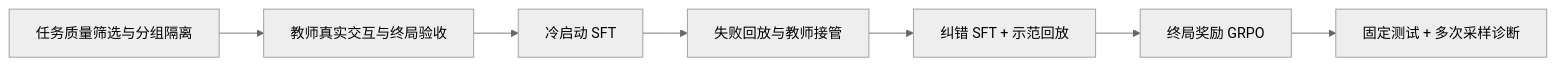
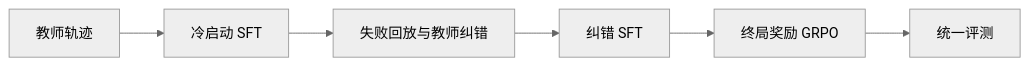
One commit to WYXNICK/ecommerce-agent-posttrain changed the diagram in README.md. Above: the diagram before and after it, drawn with Mermaid (neutral theme). The commit also changed other lines of this file and 10 other files, not shown here.

````diff
--- a/README.md
+++ b/README.md
@@ -11,9 +21,8 @@
 ```mermaid
 flowchart LR
-    A[任务质量筛选与分组隔离] --> B[教师真实交互与终局验收]
-    B --> C[冷启动 SFT]
-    C --> D[失败回放与教师接管]
-    D --> E[纠错 SFT + 示范回放]
-    E --> F[终局奖励 GRPO]
-    F --> G[固定测试 + 多次采样诊断]
+    A[教师轨迹] --> B[冷启动 SFT]
+    B --> C[失败回放与教师纠错]
+    C --> D[纠错 SFT]
+    D --> E[终局奖励 GRPO]
+    E --> F[统一评测]
 ```
````
